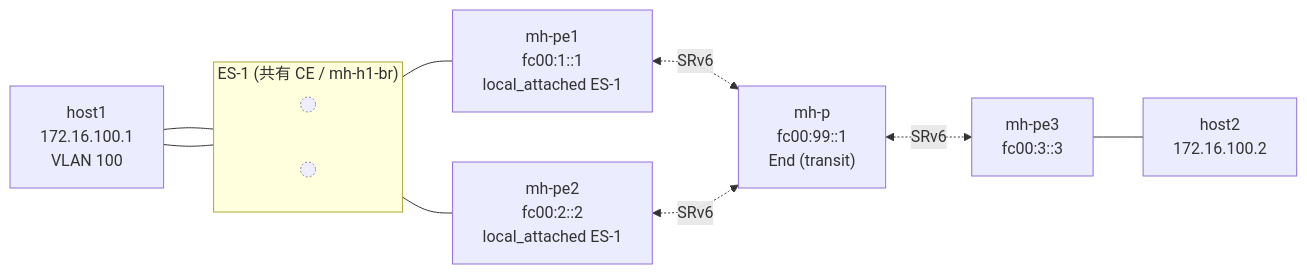
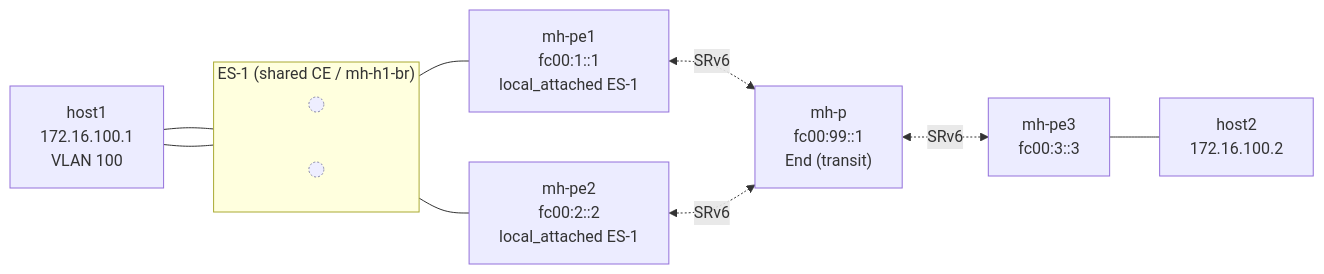
The diagram in examples/end-dt2m-multihomed/README.md (takehaya/Vinbero), drawn with Mermaid before and after one commit. The commit also changed other lines of this file and 39 other files, not shown here.

````diff
--- a/examples/end-dt2m-multihomed/README.md
+++ b/examples/end-dt2m-multihomed/README.md
@@ -15,28 +17,28 @@
 ```mermaid
 flowchart LR
     host1["host1<br/>172.16.100.1<br/>VLAN 100"]
 
-    subgraph ES1["ES-1 (共有 CE / mh-h1-br)"]
+    subgraph ES1["ES-1 (shared CE / mh-h1-br)"]
       direction LR
       leg1(( )):::leg
       leg2(( )):::leg
     end
 
     pe1["mh-pe1<br/>fc00:1::1<br/>local_attached ES-1"]
     pe2["mh-pe2<br/>fc00:2::2<br/>local_attached ES-1"]
     p["mh-p<br/>fc00:99::1<br/>End (transit)"]
     pe3["mh-pe3<br/>fc00:3::3"]
     host2["host2<br/>172.16.100.2"]
 
     host1 --- leg1
     host1 --- leg2
     leg1 --- pe1
     leg2 --- pe2
 
     pe1 <-. SRv6 .-> p
     pe2 <-. SRv6 .-> p
     p   <-. SRv6 .-> pe3
     pe3 --- host2
 
     classDef leg fill:#eef,stroke:#88a,stroke-dasharray:2 2;
 ```
````
